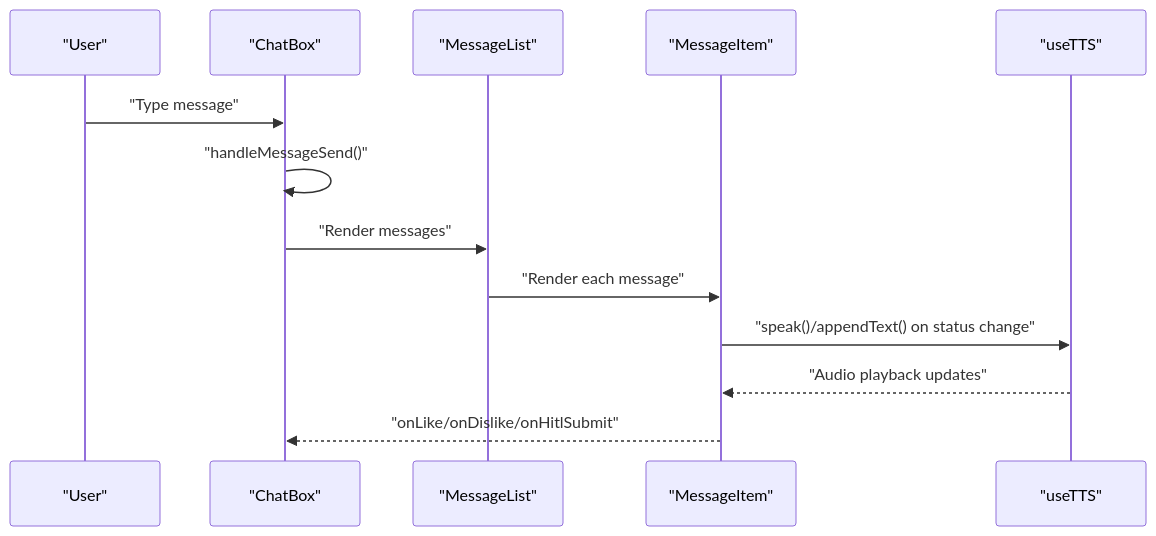
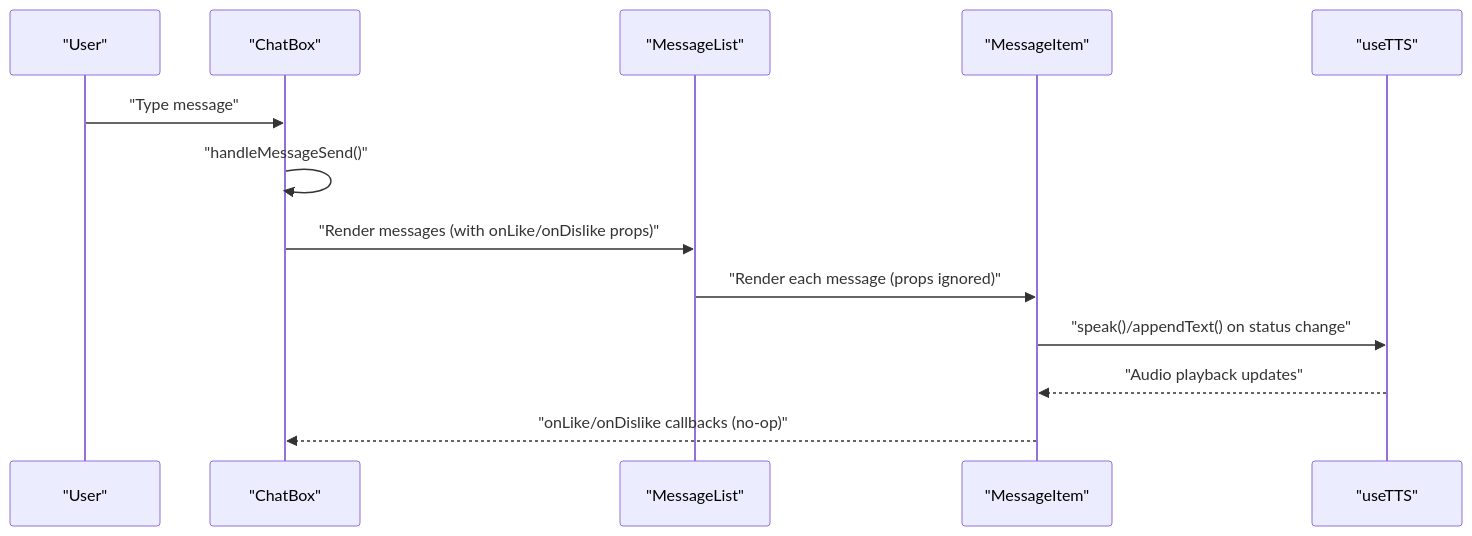
One commit to alibaba/tron-one-agent changed the second of 8 diagrams in .qoder/repowiki/en/content/Frontend Architecture/React Component Structure.md. Above: the diagram before and after it, drawn with Mermaid. The commit also changed other lines of this file and 6 other files, not shown here.

````diff
--- a/.qoder/repowiki/en/content/Frontend Architecture/React Component Structure.md
+++ b/.qoder/repowiki/en/content/Frontend Architecture/React Component Structure.md
@@ -97,15 +105,15 @@
 ```mermaid
 sequenceDiagram
 participant U as "User"
 participant CB as "ChatBox"
 participant ML as "MessageList"
 participant MI as "MessageItem"
 participant TTS as "useTTS"
 U->>CB : "Type message"
 CB->>CB : "handleMessageSend()"
-CB->>ML : "Render messages"
-ML->>MI : "Render each message"
+CB->>ML : "Render messages (with onLike/onDislike props)"
+ML->>MI : "Render each message (props ignored)"
 MI->>TTS : "speak()/appendText() on status change"
 TTS-->>MI : "Audio playback updates"
-MI-->>CB : "onLike/onDislike/onHitlSubmit"
+MI-->>CB : "onLike/onDislike callbacks (no-op)"
 ```
````
